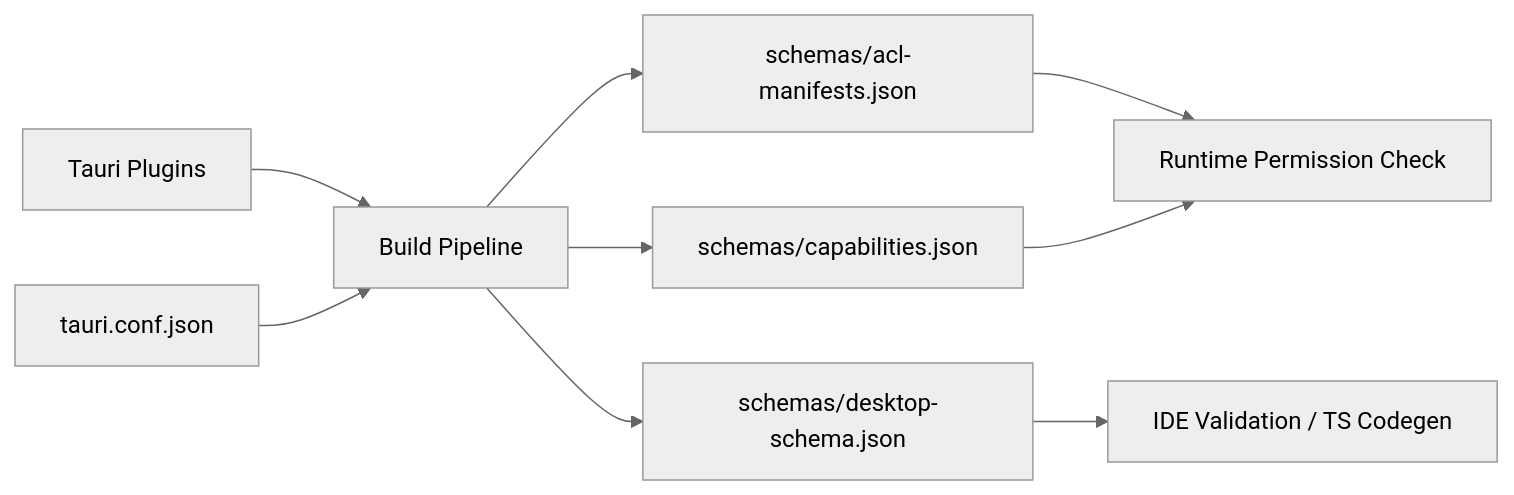
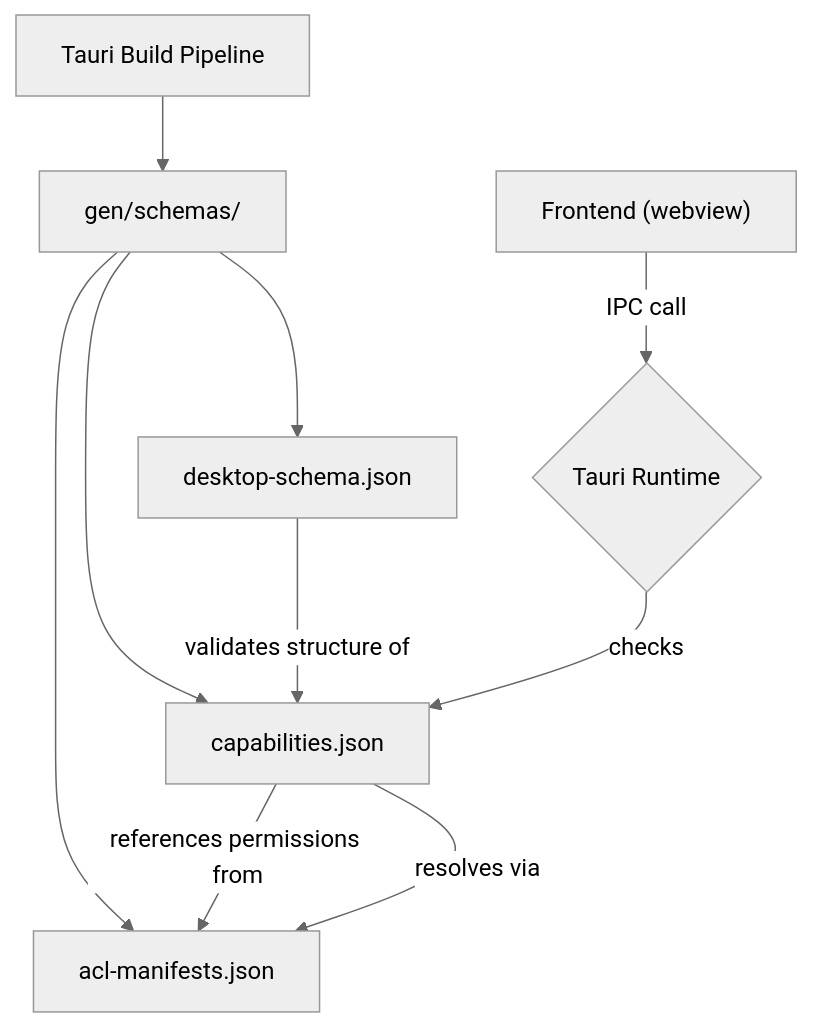
The diagram in other-librefang-desktop-gen.md (leszek3737/librefang-WIki), drawn with Mermaid (neutral theme) before and after one commit. The commit also changed other lines of this file and 100 other files, not shown here.

````diff
--- a/other-librefang-desktop-gen.md
+++ b/other-librefang-desktop-gen.md
@@ -21,11 +19,12 @@
 ```mermaid
-flowchart LR
-    A[Tauri Plugins] --> B[Build Pipeline]
-    C[tauri.conf.json] --> B
-    B --> D[schemas/acl-manifests.json]
-    B --> E[schemas/capabilities.json]
-    B --> F[schemas/desktop-schema.json]
-    D --> G[Runtime Permission Check]
-    E --> G
-    F --> H[IDE Validation / TS Codegen]
+flowchart TD
+    A[Tauri Build Pipeline] --> B["gen/schemas/"]
+    B --> C[acl-manifests.json]
+    B --> D[capabilities.json]
+    B --> E[desktop-schema.json]
+    D -->|"references permissions from"| C
+    E -->|"validates structure of"| D
+    F["Frontend (webview)"] -->|"IPC call"| G{Tauri Runtime}
+    G -->|"checks"| D
+    D -->|"resolves via"| C
 ```
````
